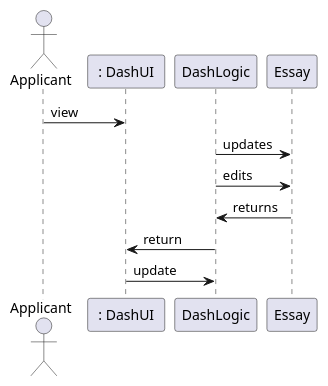
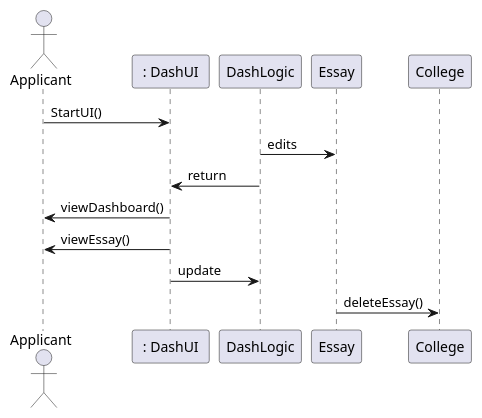
The fourth of 5 diagrams in intellij/doc/design.md (jlederer33/Essay-Review-App), drawn with PlantUML before and after one commit. The commit also changed other lines of this file and 1 other file, not shown here.

Commit message:
Added new diagram(remove and delete essay diagram)

````diff
--- a/intellij/doc/design.md
+++ b/intellij/doc/design.md
@@ -18,11 +43,12 @@
 ```plantuml
 actor Applicant as applicant
 participant " : DashUI " as DashUI
-applicant-> DashUI : view
-DashLogic -> Essay : updates
+applicant-> DashUI : StartUI()
 DashLogic -> Essay : edits
-Essay -> DashLogic : returns
 DashLogic -> DashUI : return
+applicant <- DashUI : viewDashboard()
+applicant <- DashUI : viewEssay()
 DashUI-> DashLogic : update
+Essay -> College : deleteEssay()
 
 ```
````
